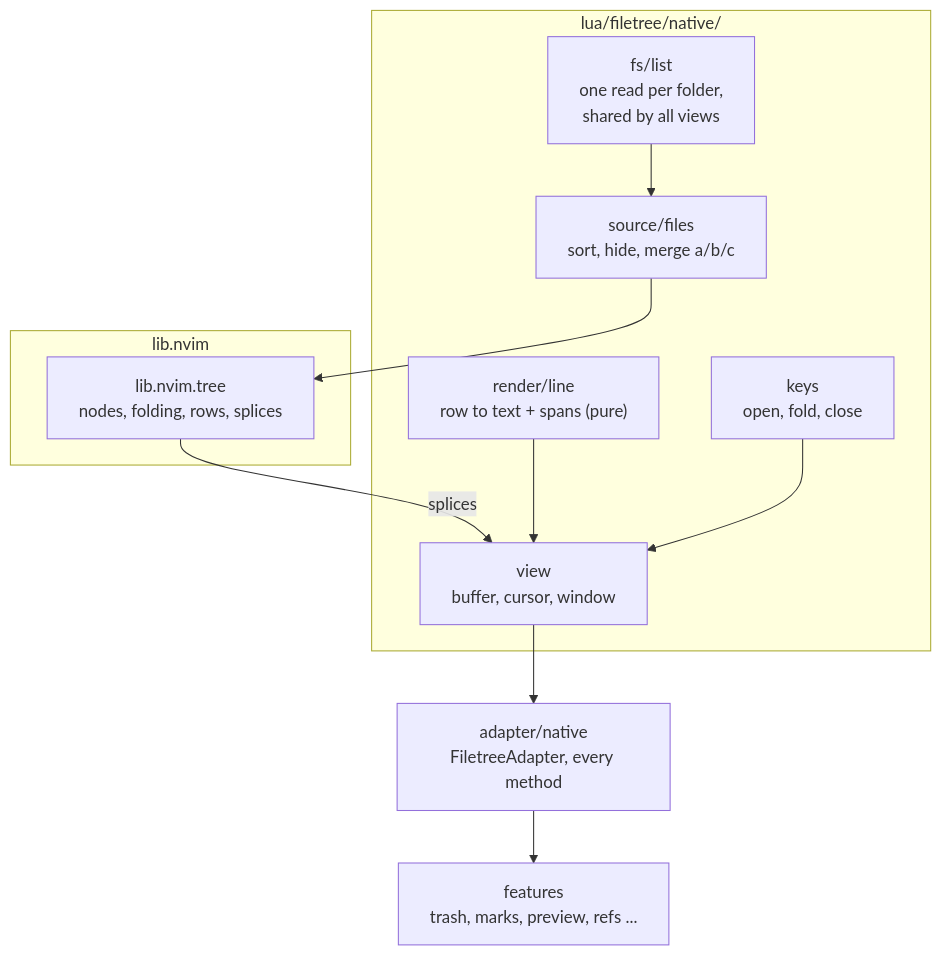
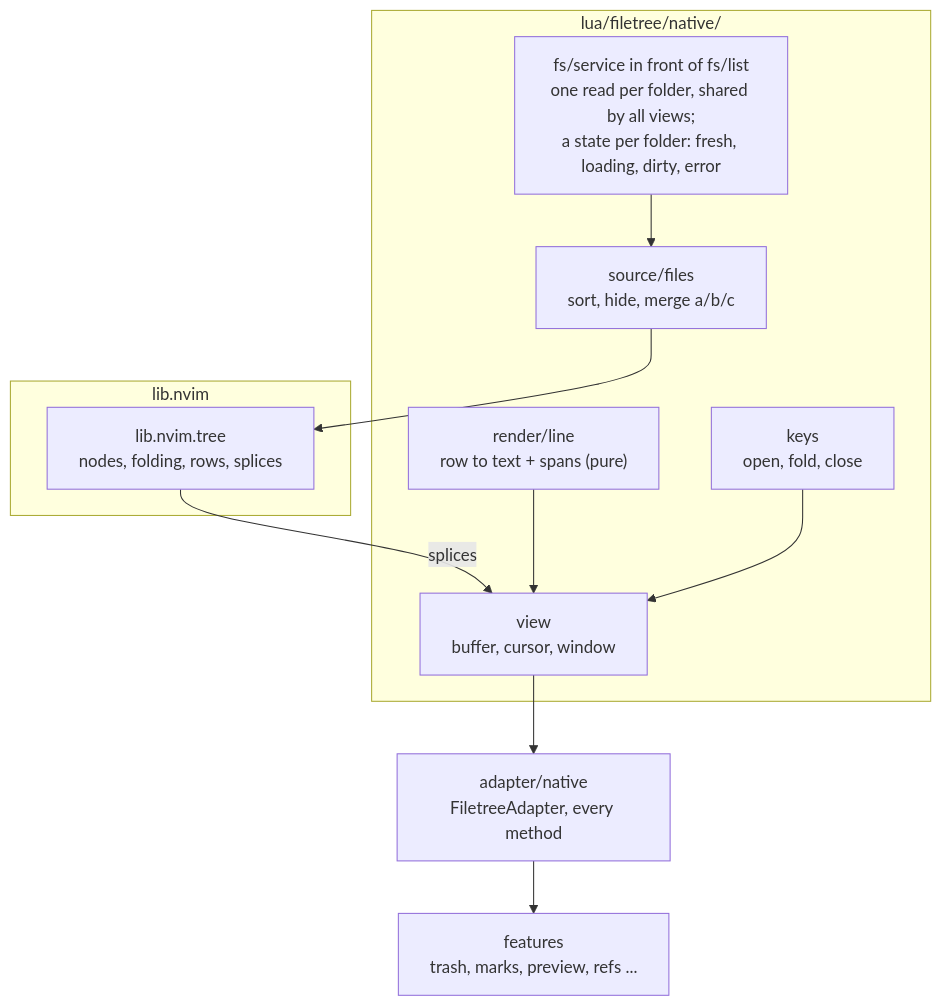
The first of 3 diagrams in docs/FEATURES/BACKENDS.md (WKDSteve/filetree.nvim), drawn with Mermaid before and after one commit. The commit also changed 11 other files, not shown here.

First line of the commit message:
feat(native): fs/service in front of the folder cache, a named state per folder

````diff
--- a/docs/FEATURES/BACKENDS.md
+++ b/docs/FEATURES/BACKENDS.md
@@ -46,21 +46,21 @@
 ```mermaid
 flowchart TB
   subgraph LIB["lib.nvim"]
     CORE["lib.nvim.tree<br/>nodes, folding, rows, splices"]
   end
   subgraph NATIVE["lua/filetree/native/"]
-    LIST["fs/list<br/>one read per folder,<br/>shared by all views"]
+    LIST["fs/service in front of fs/list<br/>one read per folder, shared by all views;<br/>a state per folder: fresh, loading, dirty, error"]
     FILES["source/files<br/>sort, hide, merge a/b/c"]
     VIEW["view<br/>buffer, cursor, window"]
     LINE["render/line<br/>row to text + spans (pure)"]
     KEYS["keys<br/>open, fold, close"]
   end
   ADAPTER["adapter/native<br/>FiletreeAdapter, every method"]
   FEATURES["features<br/>trash, marks, preview, refs ..."]
 
   LIST --> FILES --> CORE
   CORE -->|"splices"| VIEW
   LINE --> VIEW
   KEYS --> VIEW
   VIEW --> ADAPTER --> FEATURES
 ```
````
